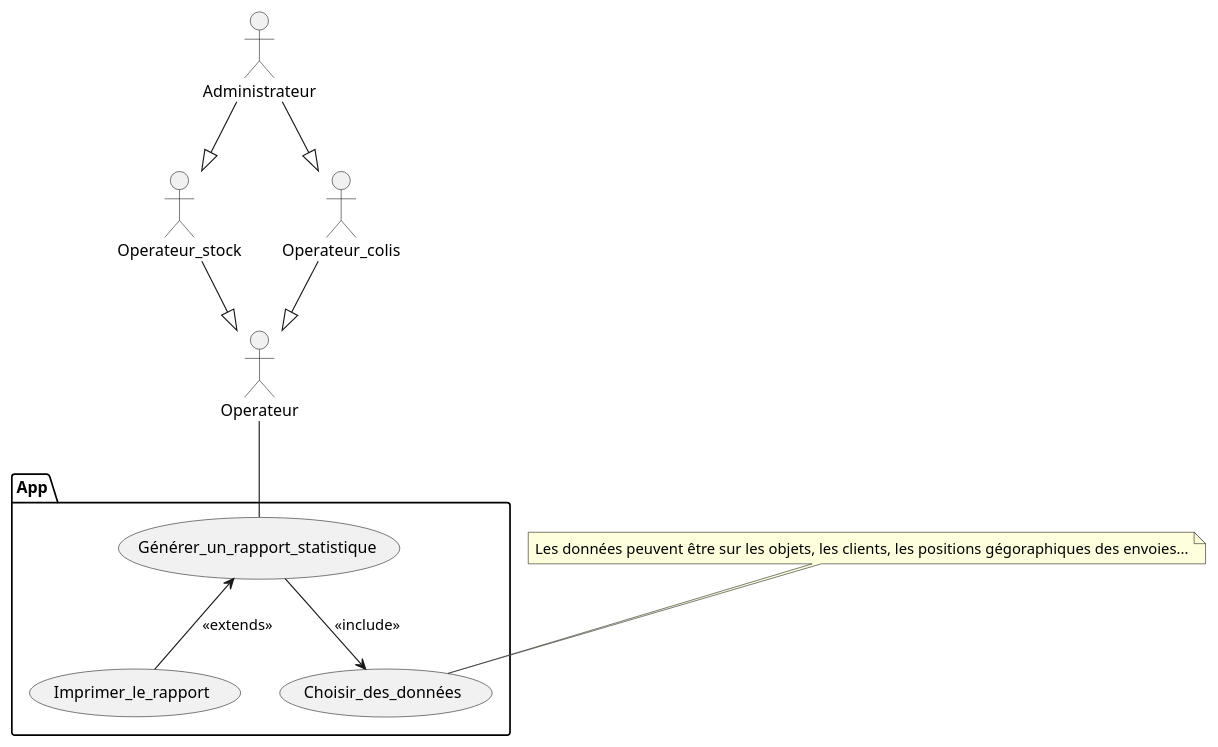
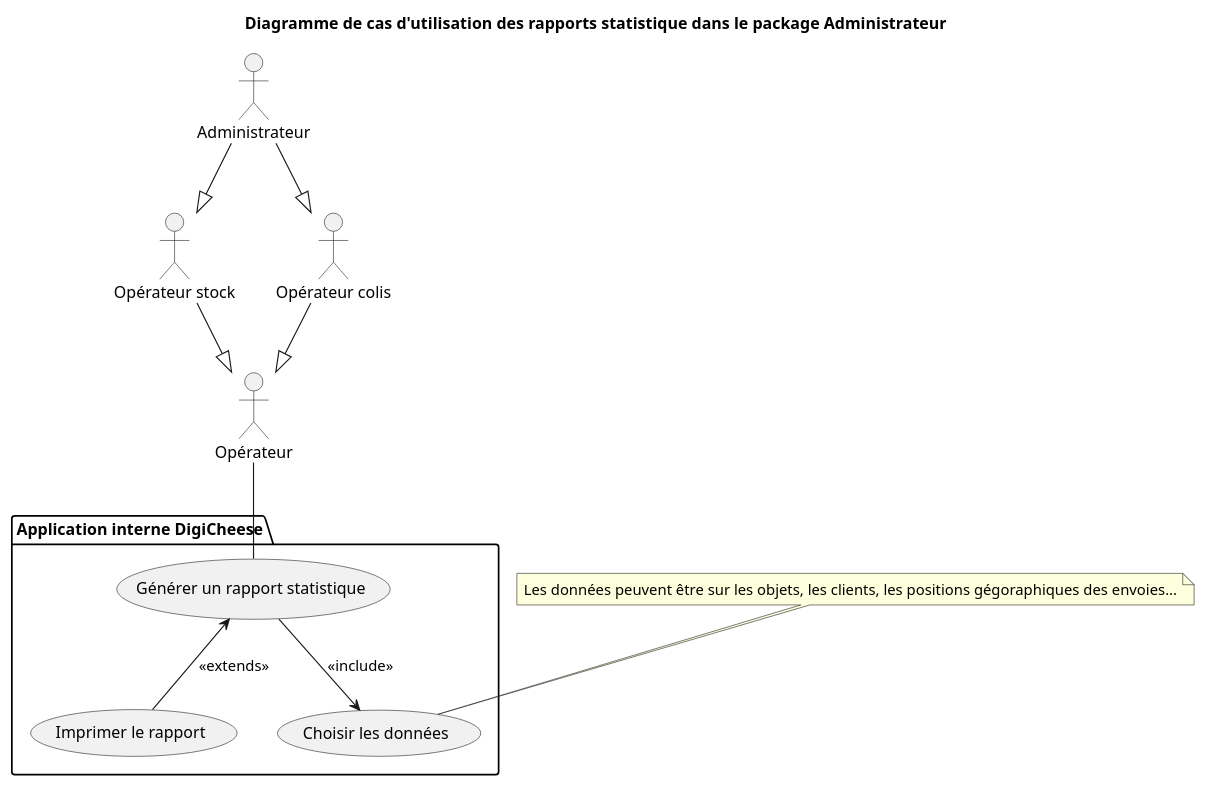
One commit to Bluwen/Conception_d_une_application_informatique changed the diagram in Cas_d_utilisation/Cas_utilisation_rapport_statistique.puml. Above: the diagram before and after it, drawn with PlantUML. The commit also changed 11 other files, not shown here.

Commit message:
Mise au points du vocabulaire des diagrammes

```diff
--- a/Cas_d_utilisation/Cas_utilisation_rapport_statistique.puml
+++ b/Cas_d_utilisation/Cas_utilisation_rapport_statistique.puml
@@ -1,28 +1,29 @@
-@startuml Rapport statistique
+@startuml Cas d'utilisation de la gestion des rapports statistique
 
-actor Administrateur
-actor Operateur_stock
-actor Operateur_colis
-actor Operateur
+actor "Administrateur"
+actor "Opérateur stock"
+actor "Opérateur colis"
+actor "Opérateur"
 
-package App {
-    usecase Générer_un_rapport_statistique
-    usecase Choisir_des_données
+package "Application interne DigiCheese" {
+    usecase "Générer un rapport statistique"
+    usecase "Choisir les données"
 
-    usecase Imprimer_le_rapport
+    usecase "Imprimer le rapport"
 
 }
 
-Administrateur --|> Operateur_colis
-Administrateur --|> Operateur_stock
-Operateur_colis --|> Operateur
-Operateur_stock --|> Operateur
+"Administrateur" --|> "Opérateur colis"
+"Administrateur" --|> "Opérateur stock"
+"Opérateur colis" --|> "Opérateur"
+"Opérateur stock" --|> "Opérateur"
 
-Operateur -- Générer_un_rapport_statistique
-Générer_un_rapport_statistique --> Choisir_des_données : <<include>>
-Générer_un_rapport_statistique <-- Imprimer_le_rapport : <<extends>>
+"Opérateur" -- "Générer un rapport statistique"
+"Générer un rapport statistique" --> "Choisir les données" : <<include>>
+"Générer un rapport statistique" <-- "Imprimer le rapport" : <<extends>>
 
 note "Les données peuvent être sur les objets, les clients, les positions gégoraphiques des envoies..." as N1
-N1 .. Choisir_des_données
+N1 .. "Choisir les données"
 
+title Diagramme de cas d'utilisation des rapports statistique dans le package Administrateur
 @enduml
```
